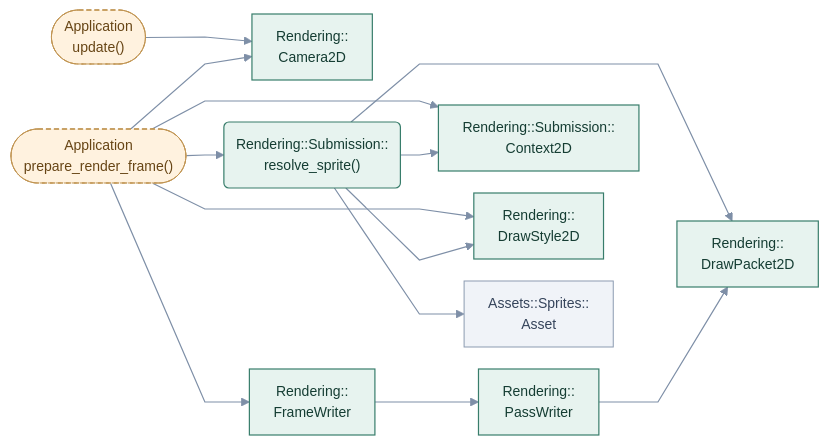
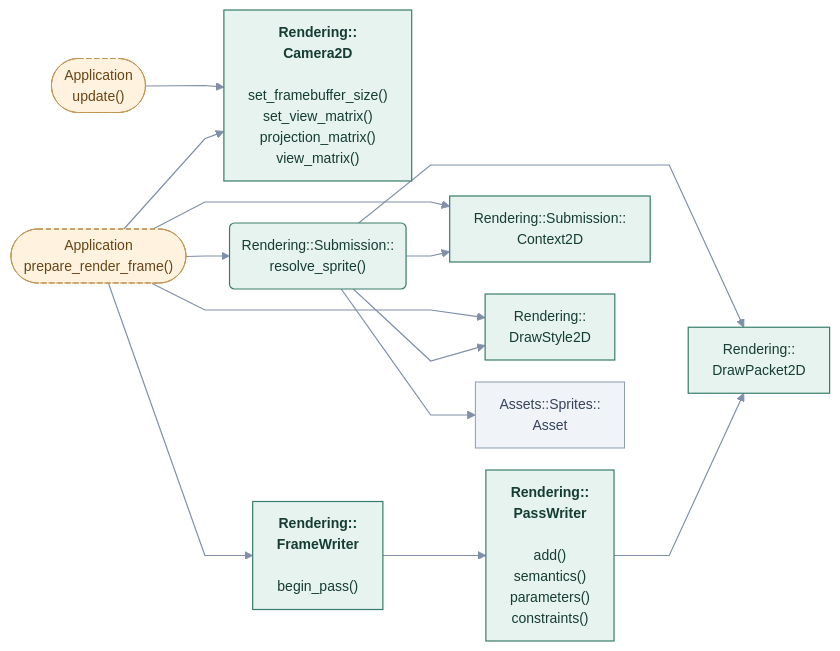
One commit to cppcooper/cheryl-engine changed the diagram in docs/site/engine-systems/diagrams/rendering-application.mmd. Above: the diagram before and after it, drawn with Mermaid. The commit also changed 25 other files, not shown here.

First line of the commit message:
Adds public method entry points to application diagrams

```diff
--- a/docs/site/engine-systems/diagrams/rendering-application.mmd
+++ b/docs/site/engine-systems/diagrams/rendering-application.mmd
@@ -1,43 +1,43 @@
 ---
 config:
   theme: base
   themeVariables:
     fontFamily: system-ui, sans-serif
     fontSize: 14px
   flowchart:
     htmlLabels: true
     curve: linear
     nodeSpacing: 22
     rankSpacing: 38
     padding: 12
 ---
 flowchart LR
     accTitle: Rendering · application frame preparation
-    accDescr: Arrows point toward dependencies. Application roles are rounded; named API operations have rounded corners. Dashed arrows mark optional choices.
+    accDescr: Arrows point toward the API or type used, not call order or data flow. Methods beneath type names are selected application entry points; Implement hooks marks engine-invoked overrides. Dashed arrows mark optional choices.
     k0(["Application<br/>update()"]):::app
-    k1["Rendering::<br/>Camera2D"]:::focal
+    k1["<b>Rendering::<br/>Camera2D</b><br/><br/>set_framebuffer_size()<br/>set_view_matrix()<br/>projection_matrix()<br/>view_matrix()"]:::focal
     k2(["Application<br/>prepare_render_frame()"]):::app
-    k3["Rendering::<br/>FrameWriter"]:::focal
-    k4["Rendering::<br/>PassWriter"]:::focal
+    k3["<b>Rendering::<br/>FrameWriter</b><br/><br/>begin_pass()"]:::focal
+    k4["<b>Rendering::<br/>PassWriter</b><br/><br/>add()<br/>semantics()<br/>parameters()<br/>constraints()"]:::focal
     k5["Rendering::Submission::<br/>Context2D"]:::focal
     k6["Rendering::<br/>DrawStyle2D"]:::focal
     k7("Rendering::Submission::<br/>resolve_sprite()"):::focal
     k8["Assets::Sprites::<br/>Asset"]:::neighbor
     k9["Rendering::<br/>DrawPacket2D"]:::focal
     k0 --> k1
     k2 --> k1
     k2 --> k3
     k3 --> k4
     k2 --> k5
     k2 --> k6
     k2 --> k7
     k7 --> k8
     k7 --> k5
     k7 --> k6
     k7 --> k9
     k4 --> k9
     classDef focal fill:#e7f3ef,stroke:#387d6b,color:#153d33,stroke-width:1.2px
     classDef neighbor fill:#f0f3f8,stroke:#8c9bb1,color:#35445b,stroke-width:1px
     classDef app fill:#fff2df,stroke:#c09452,color:#674515,stroke-dasharray:5 3
     classDef system fill:#eaf0fc,stroke:#617fab,color:#263f69,stroke-width:1.2px
     linkStyle default stroke:#7e8fa7,stroke-width:1.2px
```
